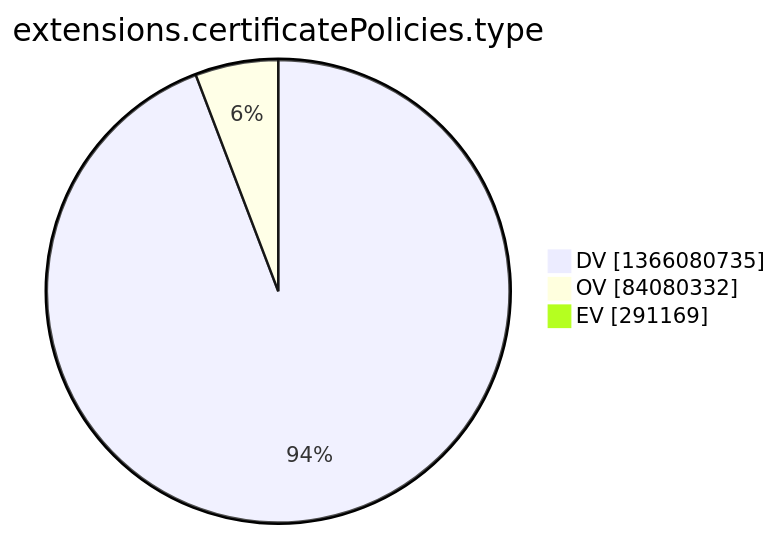
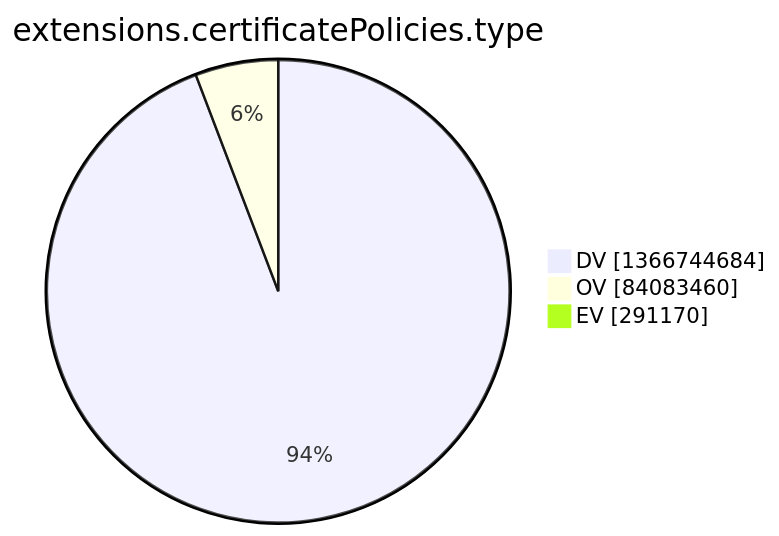
One commit to christiankrug/ctmonitor_visualization changed the tenth of 15 diagrams in argon2022/README.md. Above: the diagram before and after it, drawn with Mermaid. The commit also changed other lines of this file, not shown here.

````diff
--- a/argon2022/README.md
+++ b/argon2022/README.md
@@ -2773,7 +2773,7 @@
 ```mermaid
 pie showData
 title extensions.certificatePolicies.type
-"DV" :1366080735
-"OV" :84080332
-"EV" :291169
+"DV" :1366744684
+"OV" :84083460
+"EV" :291170
 ```
````
